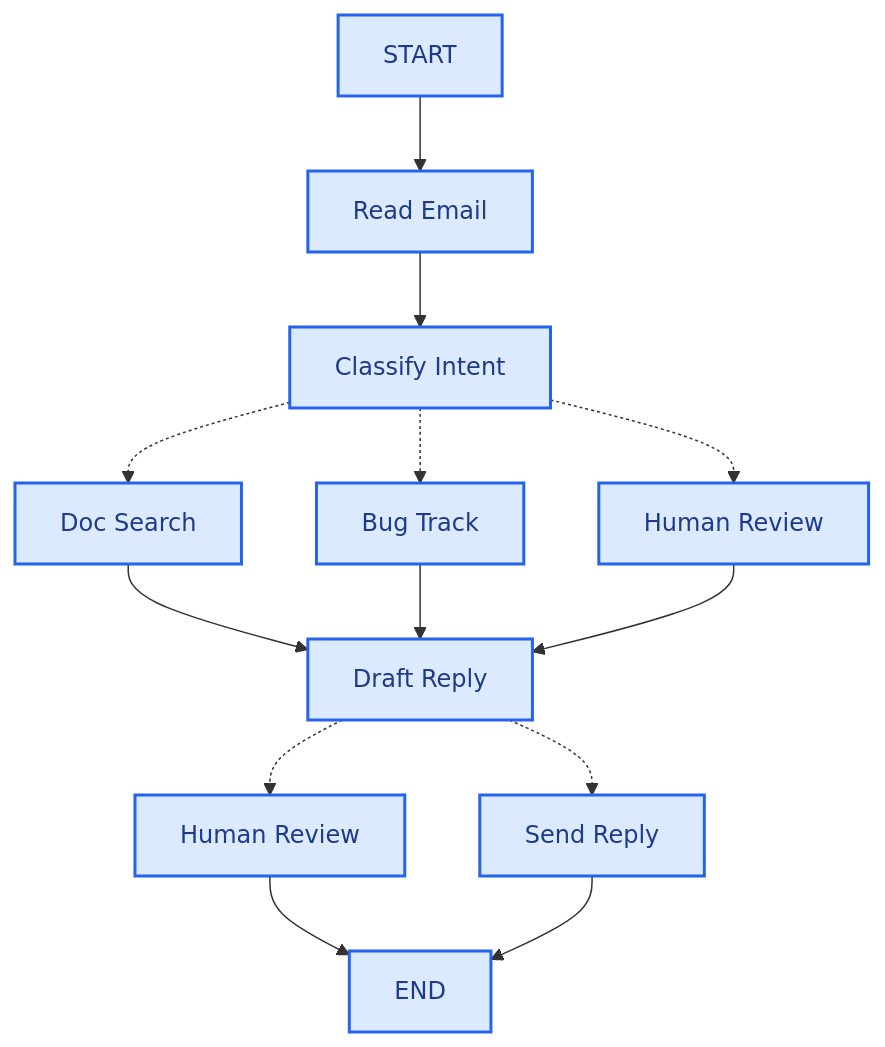
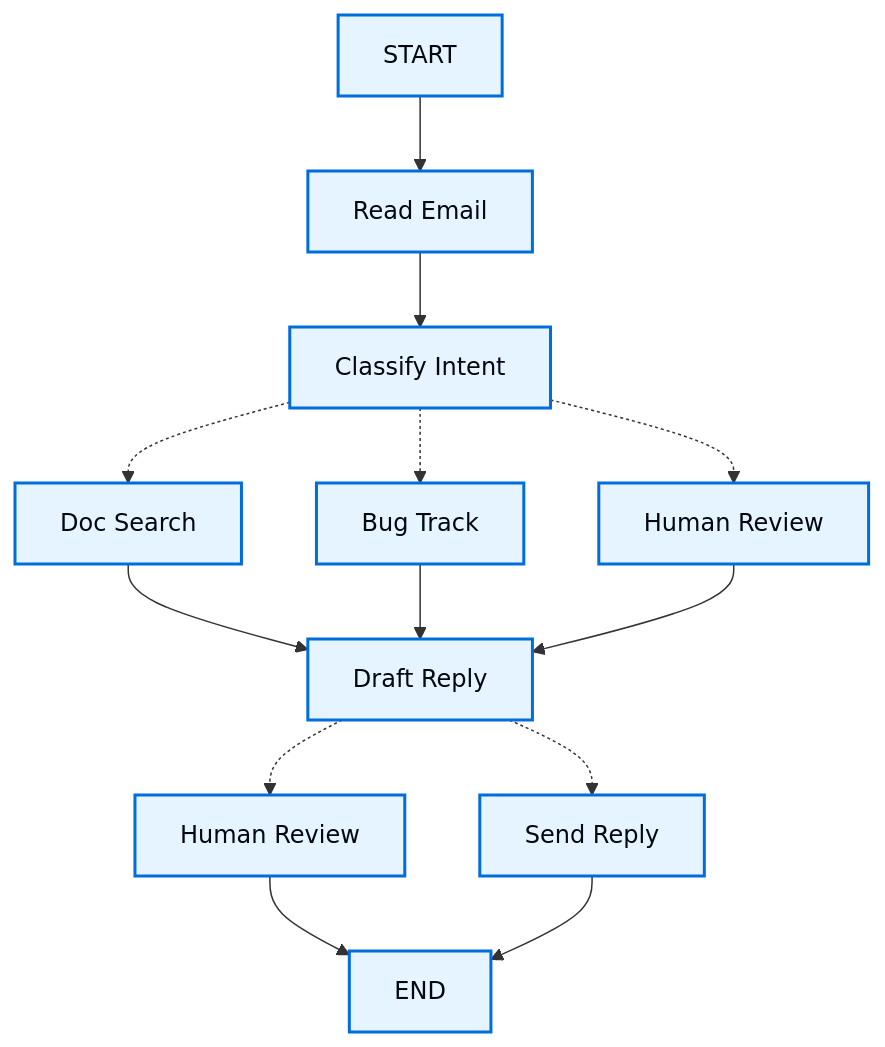
One commit to wsnchristopher/docs-1 changed the diagram in build/oss/javascript/langgraph/thinking-in-langgraph.mdx. Above: the diagram before and after it, drawn with Mermaid. The commit also changed other lines of this file and 12 other files, not shown here.

````diff
--- a/build/oss/javascript/langgraph/thinking-in-langgraph.mdx
+++ b/build/oss/javascript/langgraph/thinking-in-langgraph.mdx
@@ -39,22 +39,22 @@
 ```mermaid
 flowchart TD
     A[START] --> B[Read Email]
     B --> C[Classify Intent]
 
     C -.-> D[Doc Search]
     C -.-> E[Bug Track]
     C -.-> F[Human Review]
 
     D --> G[Draft Reply]
     E --> G
     F --> G
 
     G -.-> H[Human Review]
     G -.-> I[Send Reply]
 
     H --> J[END]
     I --> J[END]
 
-    classDef process fill:#DBEAFE,stroke:#2563EB,stroke-width:2px,color:#1E3A8A
+    classDef process fill:#E5F4FF,stroke:#006DDD,stroke-width:2px,color:#030710
     class A,B,C,D,E,F,G,H,I,J process
 ```
````
